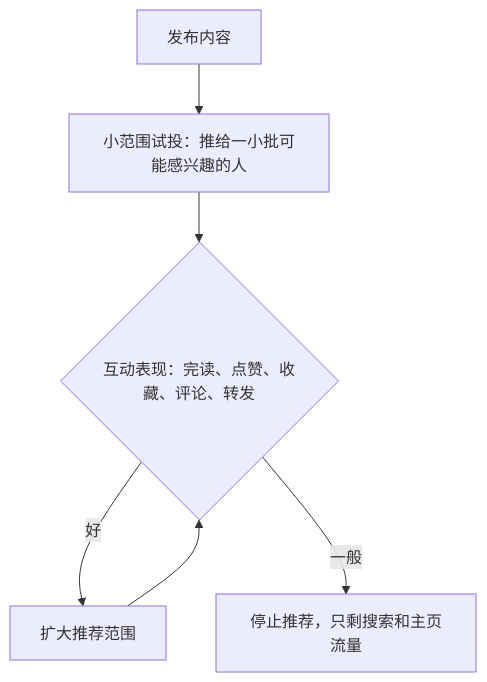
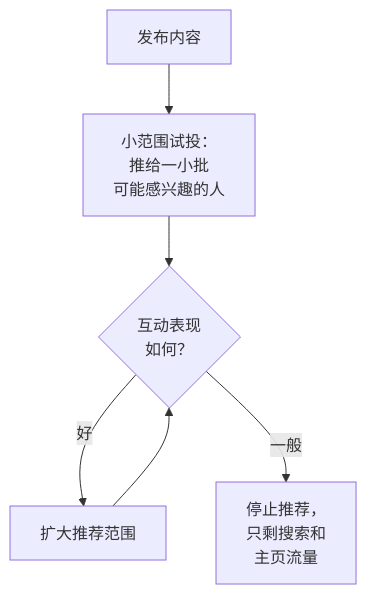
The first of 2 diagrams in books/growth-marketing/03-social-media.md (jarvis-pro/hatch-shelf), drawn with Mermaid before and after one commit. The commit also changed other lines of this file and 432 other files, not shown here.

````diff
--- a/books/growth-marketing/03-social-media.md
+++ b/books/growth-marketing/03-social-media.md
@@ -11,8 +11,8 @@
 ```mermaid
 flowchart TD
-  P["发布内容"] --> S["小范围试投：推给一小批可能感兴趣的人"]
-  S --> M{"互动表现：完读、点赞、收藏、评论、转发"}
+  P["发布内容"] --> S["小范围试投：<br/>推给一小批<br/>可能感兴趣的人"]
+  S --> M{"互动表现<br/>如何？"}
   M -->|"好"| E["扩大推荐范围"]
-  M -->|"一般"| D["停止推荐，只剩搜索和主页流量"]
+  M -->|"一般"| D["停止推荐，<br/>只剩搜索和<br/>主页流量"]
   E --> M
 ```
````
